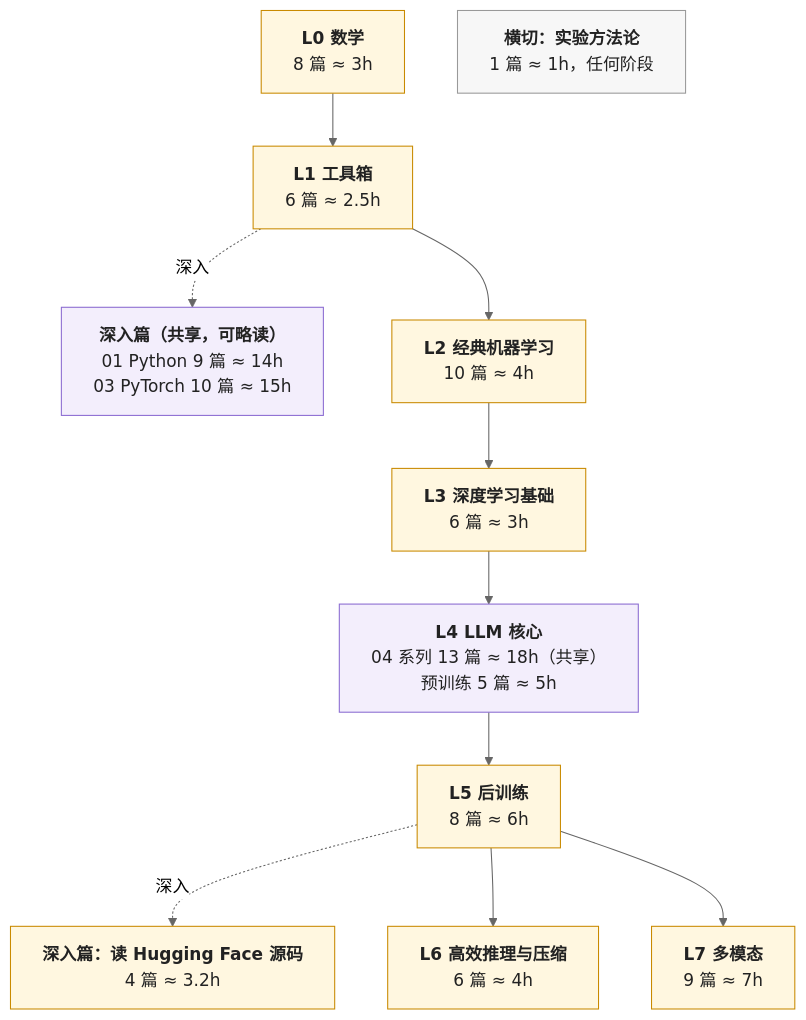
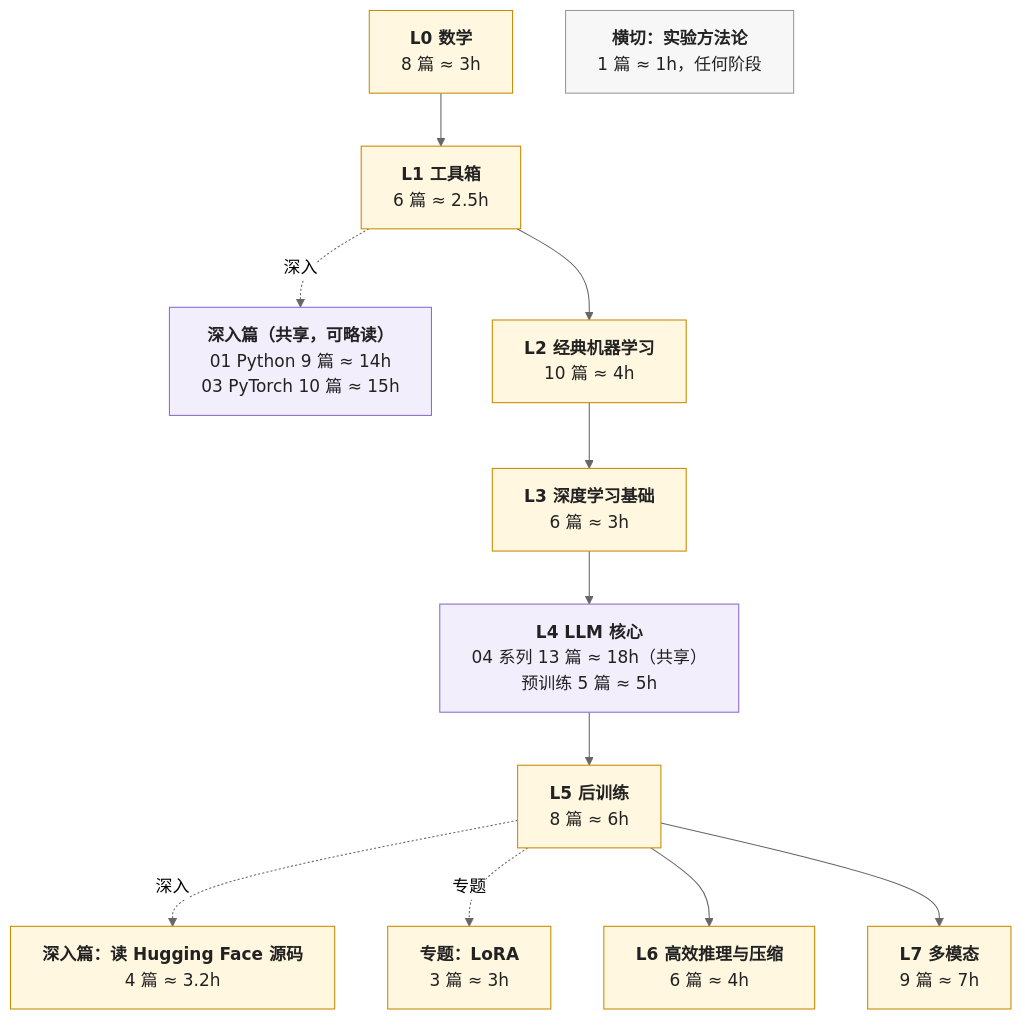
Before and after one commit to arganzheng/arganzheng.github.com: the second of 2 diagrams in _posts/2026-01-02-ai-algorithm-engineer-learning-roadmap.md, drawn with Mermaid (neutral theme). The commit also changed other lines of this file and 16 other files, not shown here.

````diff
--- a/_posts/2026-01-02-ai-algorithm-engineer-learning-roadmap.md
+++ b/_posts/2026-01-02-ai-algorithm-engineer-learning-roadmap.md
@@ -89,41 +89,44 @@
 ```mermaid
 %%{init: {"flowchart": {"wrappingWidth": 260}}}%%
 %% 图：学习路径：L0–L7 八层加横切，紫色两处与 Infra 地图共享
 flowchart TB
     L0["`**L0 数学**
 8 篇 ≈ 3h`"]
     L1["`**L1 工具箱**
 6 篇 ≈ 2.5h`"]
     D["`**深入篇（共享，可略读）**
 01 Python 9 篇 ≈ 14h
 03 PyTorch 10 篇 ≈ 15h`"]
     L2["`**L2 经典机器学习**
 10 篇 ≈ 4h`"]
     L3["`**L3 深度学习基础**
 6 篇 ≈ 3h`"]
     L4["`**L4 LLM 核心**
 04 系列 13 篇 ≈ 18h（共享）
 预训练 5 篇 ≈ 5h`"]
     L5["`**L5 后训练**
 8 篇 ≈ 6h`"]
     H["`**深入篇：读 Hugging Face 源码**
 4 篇 ≈ 3.2h`"]
+    LR["`**专题：LoRA**
+3 篇 ≈ 3h`"]
     L6["`**L6 高效推理与压缩**
 6 篇 ≈ 4h`"]
     L7["`**L7 多模态**
 9 篇 ≈ 7h`"]
     X["`**横切：实验方法论**
 1 篇 ≈ 1h，任何阶段`"]
     L0 --> L1 --> L2 --> L3 --> L4 --> L5
     L1 -. 深入 .-> D
     L5 -. 深入 .-> H
+    L5 -. 专题 .-> LR
     L5 --> L6
     L5 --> L7
 
     classDef algo fill:#fff7e0,stroke:#c98a00,stroke-width:1px,color:#222
     classDef shared fill:#f3eefc,stroke:#8a6bd1,stroke-width:1px,color:#222
     classDef cross fill:#f7f7f7,stroke:#999,stroke-width:1px,color:#222
-    class L0,L1,L2,L3,L5,L6,L7,H algo
+    class L0,L1,L2,L3,L5,L6,L7,H,LR algo
     class D,L4 shared
     class X cross
 ```
````
